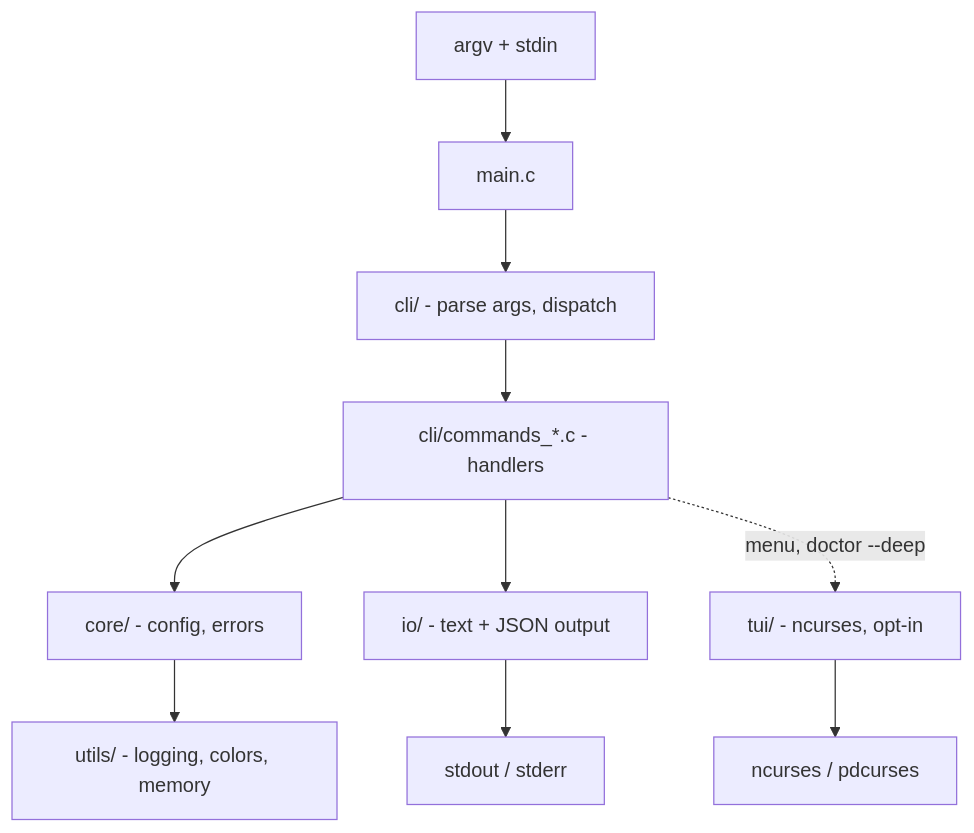
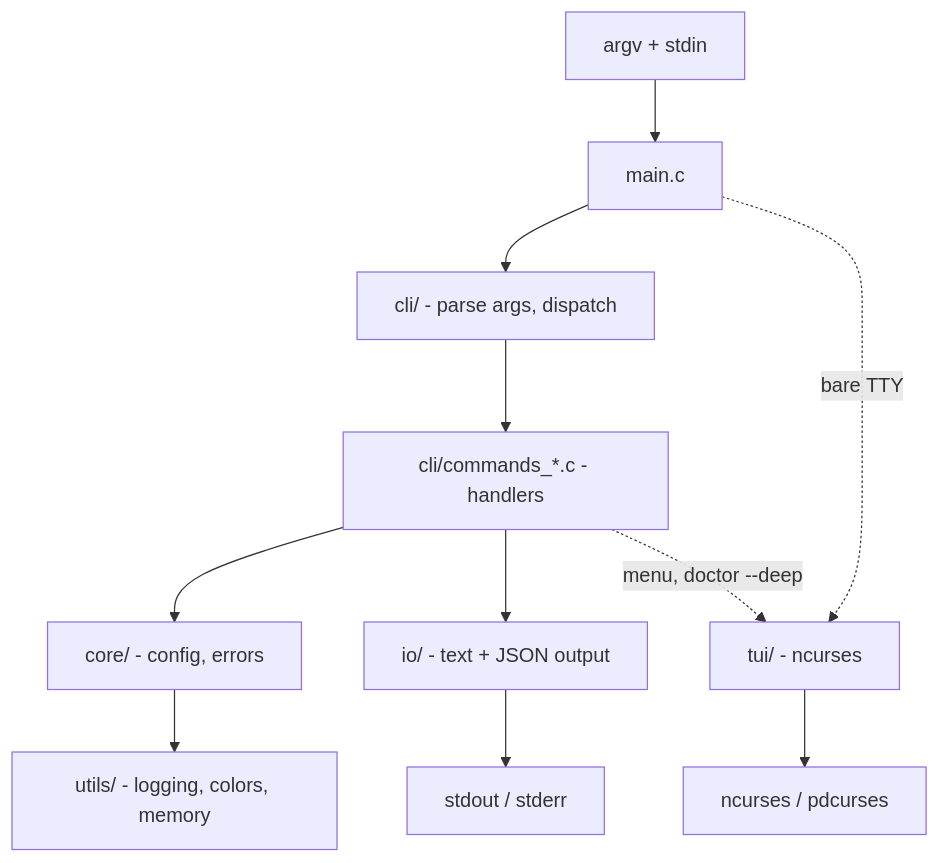
One commit to sammyjoyce/c23-cli-template changed the diagram in docs/ARCHITECTURE.md. Above: the diagram before and after it, drawn with Mermaid. The commit also changed other lines of this file and 34 other files, not shown here.

````diff
--- a/docs/ARCHITECTURE.md
+++ b/docs/ARCHITECTURE.md
@@ -22,12 +25,13 @@
 ```mermaid
 graph TD
     USER[argv + stdin] --> MAIN[main.c]
     MAIN --> CLI["cli/ - parse args, dispatch"]
     CLI --> CMD["cli/commands_*.c - handlers"]
     CMD --> CORE["core/ - config, errors"]
     CMD --> IO["io/ - text + JSON output"]
-    CMD -. "menu, doctor --deep" .-> TUI["tui/ - ncurses, opt-in"]
+    MAIN -. "bare TTY" .-> TUI["tui/ - ncurses"]
+    CMD -. "menu, doctor --deep" .-> TUI
     CORE --> UTILS["utils/ - logging, colors, memory"]
     IO --> TERM[stdout / stderr]
     TUI --> CURSES[ncurses / pdcurses]
 ```
````
